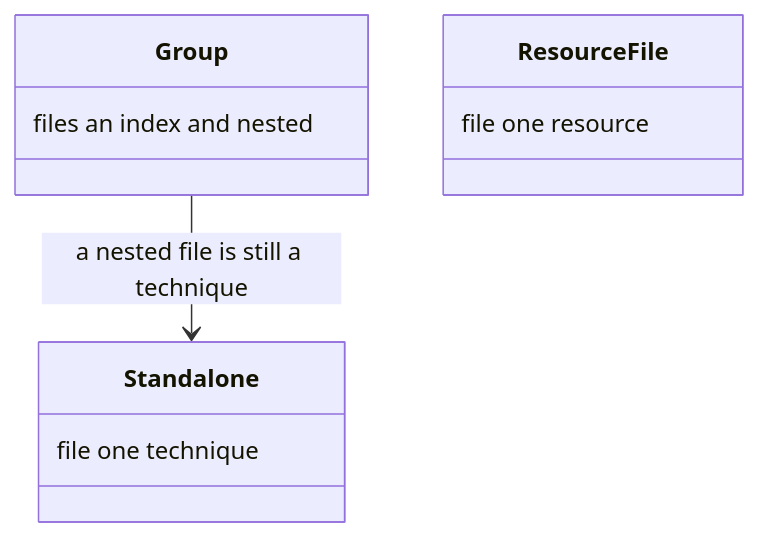
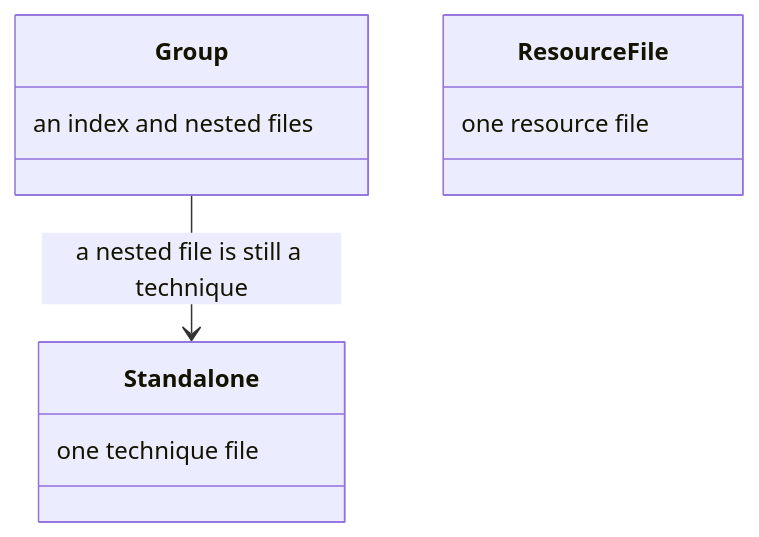
One commit to m2ux/workflow-server changed the second of 34 diagrams in docs/resolution.md. Above: the diagram before and after it, drawn with Mermaid. The commit also changed other lines of this file and 10 other files, not shown here.

Commit message:
Write each class-box note in reading order so the diagram shows the phrase as written.

````diff
--- a/docs/resolution.md
+++ b/docs/resolution.md
@@ -25,13 +25,13 @@
 ```mermaid
 classDiagram
   class Standalone {
-    file one technique
+    one technique file
   }
   class Group {
-    files an index and nested
+    an index and nested files
   }
   class ResourceFile {
-    file one resource
+    one resource file
   }
   Group --> Standalone : a nested file is still a technique
 ```
````
